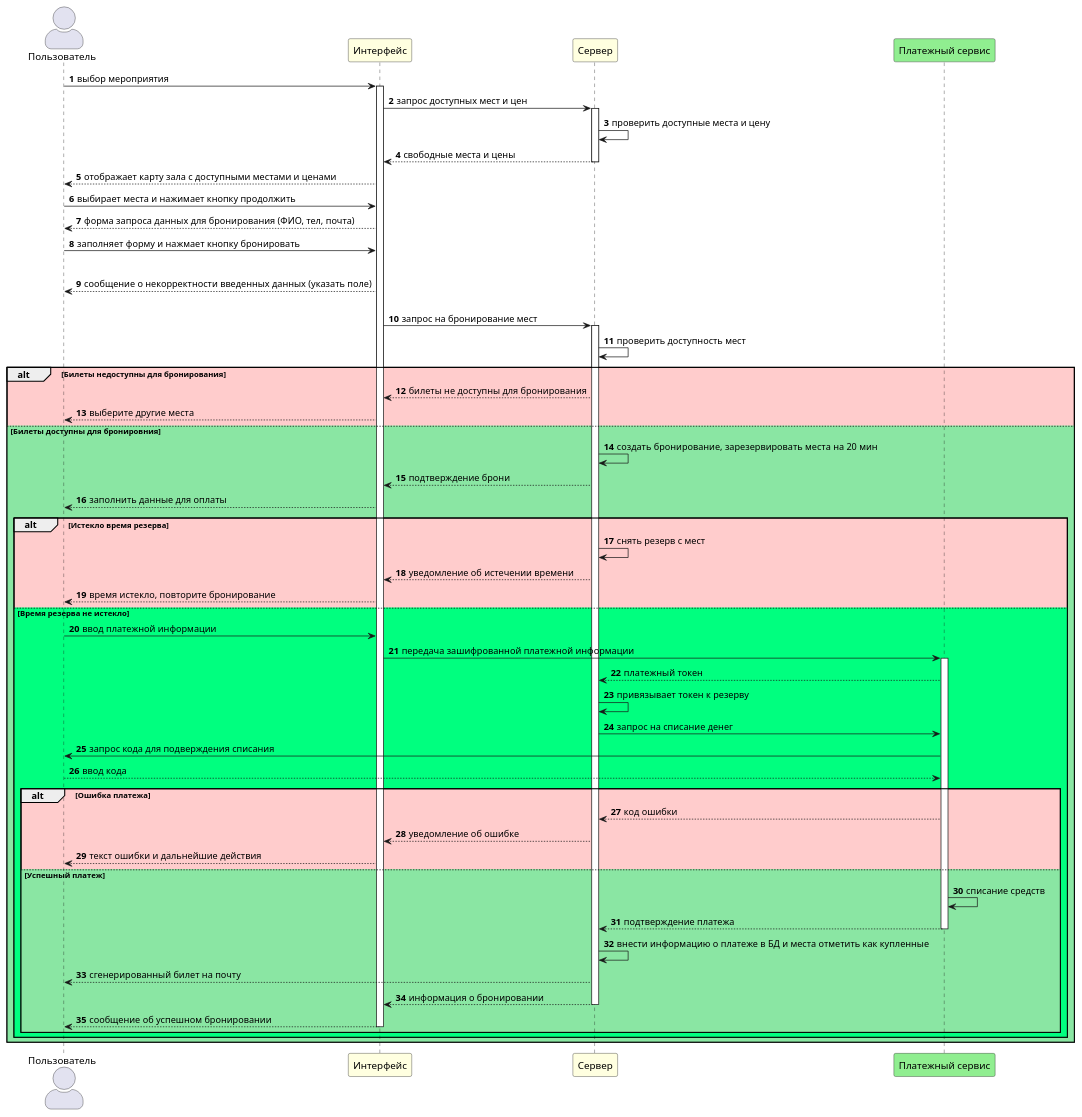
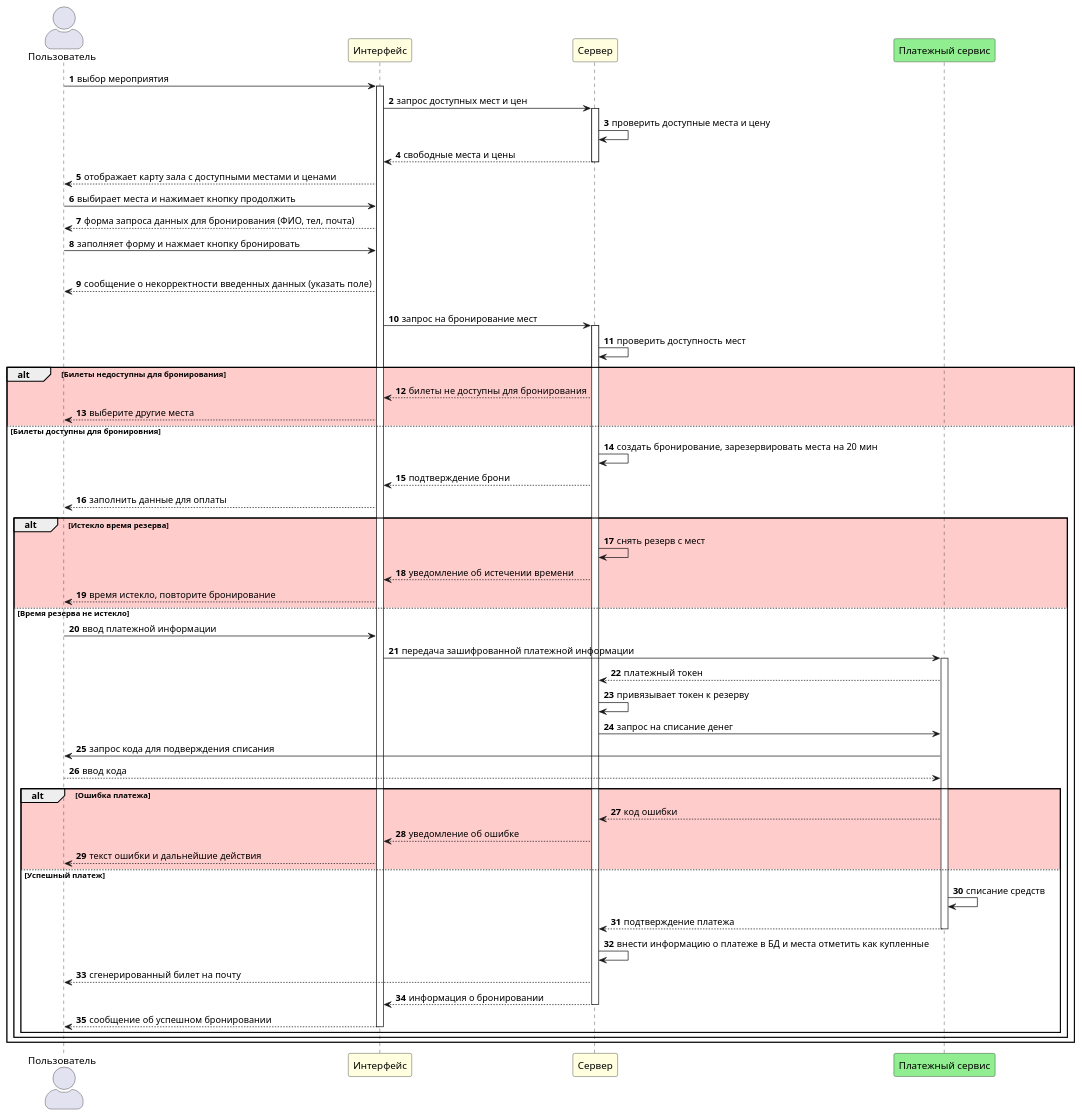
The diagram in diagrams/sequence.puml (NadezdaHope19/practice), drawn with PlantUML before and after one commit.

```diff
--- a/diagrams/sequence.puml
+++ b/diagrams/sequence.puml
@@ -1,62 +1,62 @@
 @startuml
 autonumber
 skinparam actorStyle awesome
 actor "Пользователь" as user
 participant "Интерфейс" as web #lightyellow
 participant "Сервер" as server #lightyellow
 participant "Платежный сервис" as paymentsys #lightgreen
 user -> web : выбор мероприятия
 activate web
 web -> server : запрос доступных мест и цен
 activate server
 server -> server : проверить доступные места и цену
 server --> web : свободные места и цены
 deactivate server
 web --> user : отображает карту зала с доступными местами и ценами
 user -> web : выбирает места и нажимает кнопку продолжить
 web --> user : форма запроса данных для бронирования (ФИО, тел, почта)
 user -> web : заполняет форму и нажмает кнопку бронировать 
 alt #ffcccc Форма заполнена некорректно
 web --> user : сообщение о некорректности введенных данных (указать поле)
-else #00ff7f Форма заполнена корректно
+else #FFFFFF Форма заполнена корректно
 web -> server : запрос на бронирование мест
 activate server
 server -> server : проверить доступность мест
 alt #ffcccc Билеты недоступны для бронирования
 server --> web : билеты не доступны для бронирования
 web --> user : выберите другие места
-else #8ae6a3 Билеты доступны для бронировния
+else #FFFFFF Билеты доступны для бронировния
 server -> server : создать бронирование, зарезервировать места на 20 мин
 server --> web : подтверждение брони
 web --> user : заполнить данные для оплаты
 alt #ffcccc Истекло время резерва
 server -> server : снять резерв с мест
 server --> web : уведомление об истечении времени
 web --> user : время истекло, повторите бронирование
-else #00ff7f Время резерва не истекло
+else #FFFFFF Время резерва не истекло
 user -> web : ввод платежной информации
 web -> paymentsys : передача зашифрованной платежной информации 
 activate paymentsys
 paymentsys --> server : платежный токен
 server -> server : привязывает токен к резерву
 server -> paymentsys : запрос на списание денег
 paymentsys -> user : запрос кода для подверждения списания
 user --> paymentsys : ввод кода
 alt #ffcccc Ошибка платежа
 paymentsys --> server : код ошибки
 server --> web : уведомление об ошибке
 web --> user : текст ошибки и дальнейшие действия
-else #8ae6a3 Успешный платеж
+else #FFFFFF Успешный платеж
 paymentsys -> paymentsys : списание средств
 paymentsys --> server : подтверждение платежа 
 deactivate paymentsys
 server -> server : внести информацию о платеже в БД и места отметить как купленные
 server --> user : сгенерированный билет на почту
 server --> web : информация о бронировании
 deactivate server
 web --> user : сообщение об успешном бронировании
 deactivate web
 end
 end
 end
 @enduml
```
